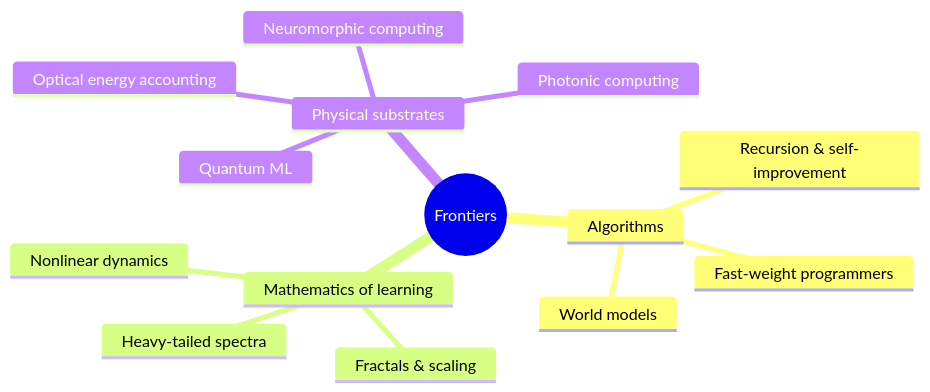
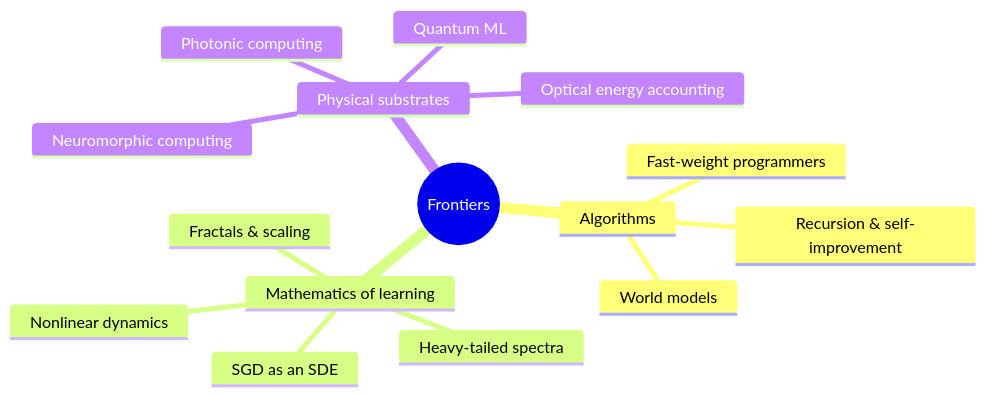
Before and after one commit to marcpoliquin5/understanding-ai: the diagram in docs/06-frontiers/README.md, drawn with Mermaid. The commit also changed other lines of this file and 7 other files, not shown here.

````diff
--- a/docs/06-frontiers/README.md
+++ b/docs/06-frontiers/README.md
@@ -22,17 +23,18 @@
 ```mermaid
 mindmap
   root((Frontiers))
     Algorithms
       Recursion & self-improvement
       Fast-weight programmers
       World models
     Mathematics of learning
       Fractals & scaling
       Heavy-tailed spectra
       Nonlinear dynamics
+      SGD as an SDE
     Physical substrates
       Photonic computing
       Optical energy accounting
       Neuromorphic computing
       Quantum ML
 ```
````
